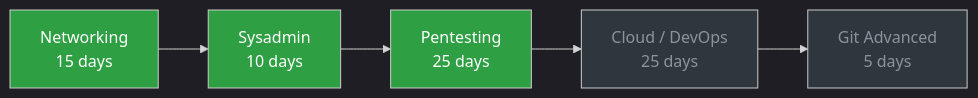
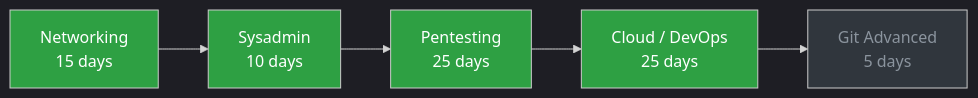
The second of 2 diagrams in README.md (Jeetendra-sanatani/tools-journal), drawn with Mermaid before and after one commit. The commit also changed other lines of this file, not shown here.

````diff
--- a/README.md
+++ b/README.md
@@ -63,14 +63,14 @@
 ```mermaid
 %%{init: {'theme':'dark'}}%%
 flowchart LR
     A[Networking<br/>15 days] --> B[Sysadmin<br/>10 days]
     B --> C[Pentesting<br/>25 days]
     C --> D[Cloud / DevOps<br/>25 days]
     D --> E[Git Advanced<br/>5 days]
 
     style A fill:#2ea043,color:#fff
     style B fill:#2ea043,color:#fff
     style C fill:#2ea043,color:#fff
-    style D fill:#30363d,color:#8b949e
+    style D fill:#2ea043,color:#fff
     style E fill:#30363d,color:#8b949e
 ```
````
